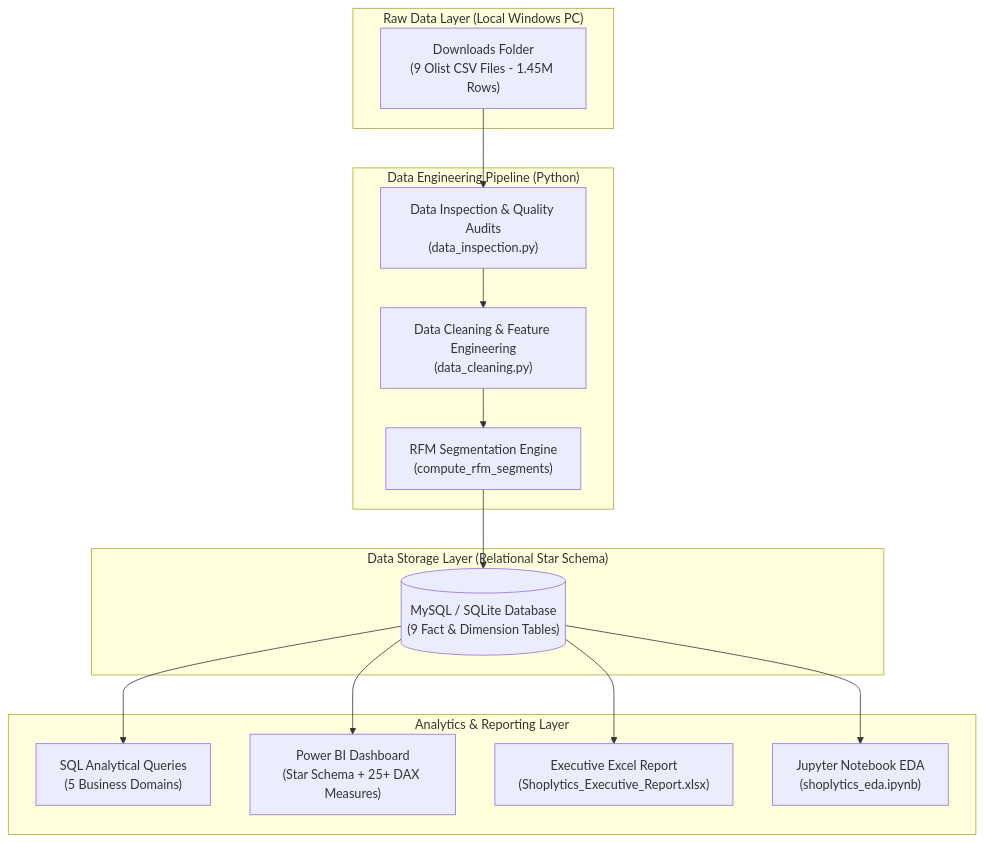
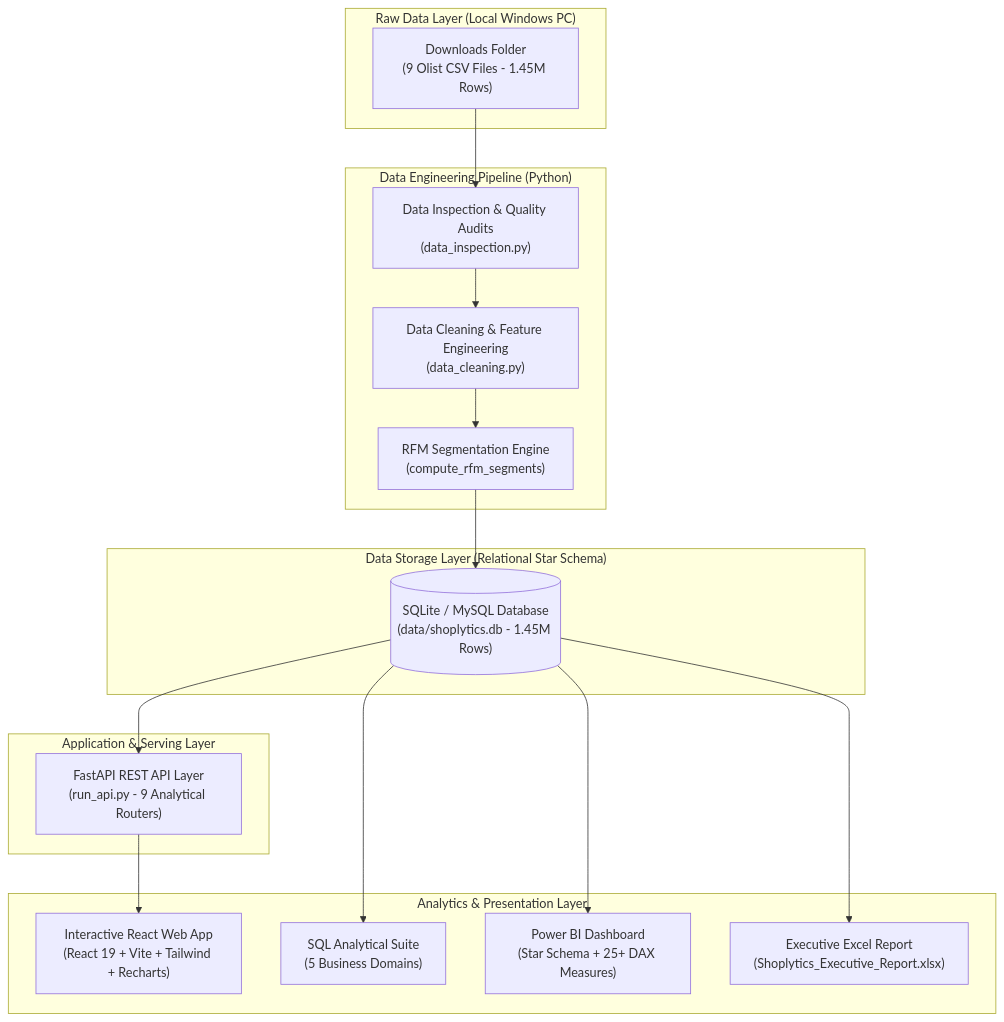
One commit to Anusha-2005/Shoplytics- changed the first of 2 diagrams in README.md. Above: the diagram before and after it, drawn with Mermaid. The commit also changed other lines of this file, not shown here.

Commit message:
docs: update architecture, quickstart guide, and test counts

````diff
--- a/README.md
+++ b/README.md
@@ -49,32 +93,37 @@
 ```mermaid
 flowchart TD
     subgraph S1["Raw Data Layer (Local Windows PC)"]
         RAW["Downloads Folder<br/>(9 Olist CSV Files - 1.45M Rows)"]
     end
 
     subgraph S2["Data Engineering Pipeline (Python)"]
         INSPECT["Data Inspection & Quality Audits<br/>(data_inspection.py)"]
         CLEAN["Data Cleaning & Feature Engineering<br/>(data_cleaning.py)"]
         RFM["RFM Segmentation Engine<br/>(compute_rfm_segments)"]
     end
 
     subgraph S3["Data Storage Layer (Relational Star Schema)"]
-        DB[("MySQL / SQLite Database<br/>(9 Fact & Dimension Tables)")]
+        DB[("SQLite / MySQL Database<br/>(data/shoplytics.db - 1.45M Rows)")]
     end
 
-    subgraph S4["Analytics & Reporting Layer"]
-        SQL["SQL Analytical Queries<br/>(5 Business Domains)"]
+    subgraph S4["Application & Serving Layer"]
+        API["FastAPI REST API Layer<br/>(run_api.py - 9 Analytical Routers)"]
+    end
+
+    subgraph S5["Analytics & Presentation Layer"]
+        WEB["Interactive React Web App<br/>(React 19 + Vite + Tailwind + Recharts)"]
+        SQL["SQL Analytical Suite<br/>(5 Business Domains)"]
         PBI["Power BI Dashboard<br/>(Star Schema + 25+ DAX Measures)"]
         EXCEL["Executive Excel Report<br/>(Shoplytics_Executive_Report.xlsx)"]
-        EDA["Jupyter Notebook EDA<br/>(shoplytics_eda.ipynb)"]
     end
 
     RAW --> INSPECT
     INSPECT --> CLEAN
     CLEAN --> RFM
     RFM --> DB
+    DB --> API
+    API --> WEB
     DB --> SQL
     DB --> PBI
     DB --> EXCEL
-    DB --> EDA
 ```
````
